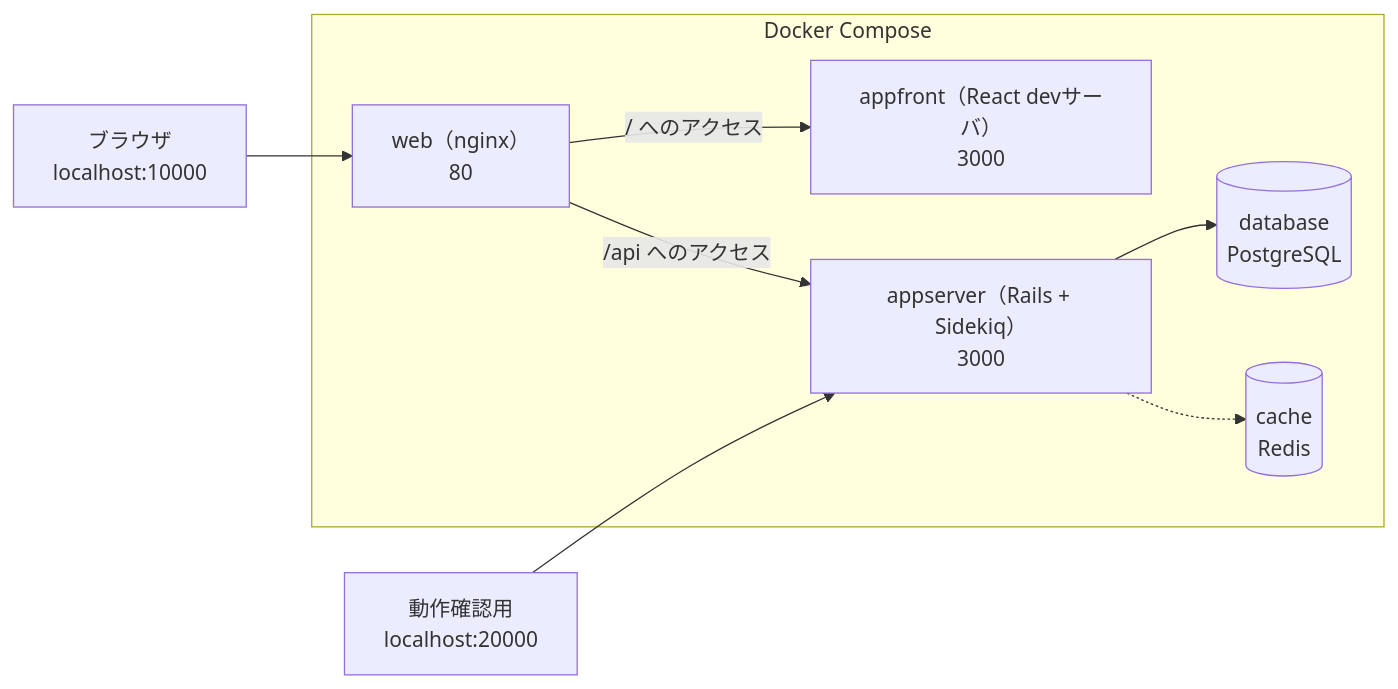
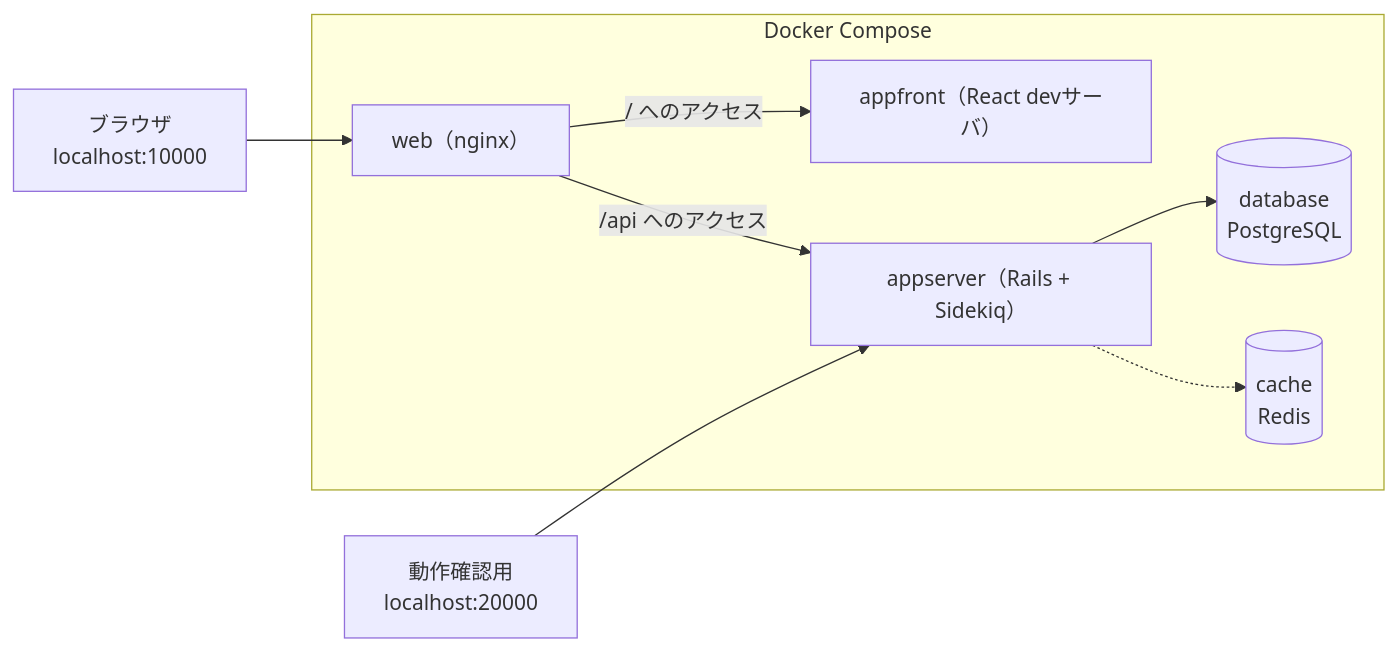
One commit to shin4488/financial-statement changed the first of 6 diagrams in docs/guide/04_system_overview.md. Above: the diagram before and after it, drawn with Mermaid. The commit also changed other lines of this file and 13 other files, not shown here.

````diff
--- a/docs/guide/04_system_overview.md
+++ b/docs/guide/04_system_overview.md
@@ -28,11 +27,11 @@
 ```mermaid
 flowchart LR
     Browser["ブラウザ<br>localhost:10000"] --> Web
     subgraph "Docker Compose"
-        Web["web（nginx）<br>80"] -->|"/ へのアクセス"| Front["appfront（React devサーバ）<br>3000"]
-        Web -->|"/api へのアクセス"| Server["appserver（Rails + Sidekiq）<br>3000"]
+        Web["web（nginx）"] -->|"/ へのアクセス"| Front["appfront（React devサーバ）"]
+        Web -->|"/api へのアクセス"| Server["appserver（Rails + Sidekiq）"]
         Server --> Database[("database<br>PostgreSQL")]
         Server -.-> Cache[("cache<br>Redis")]
     end
     Browser2["動作確認用<br>localhost:20000"] --> Server
 ```
````
